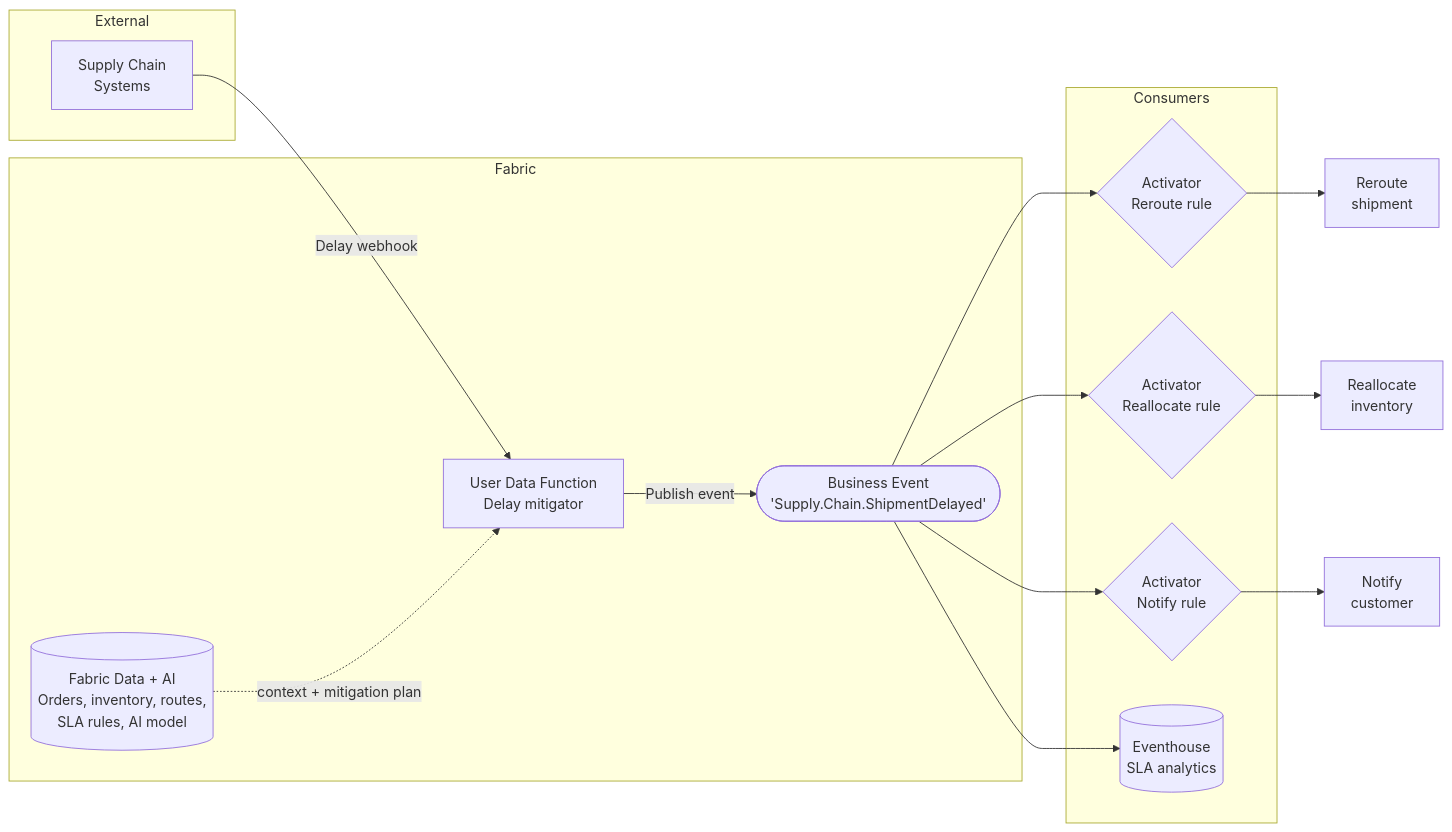
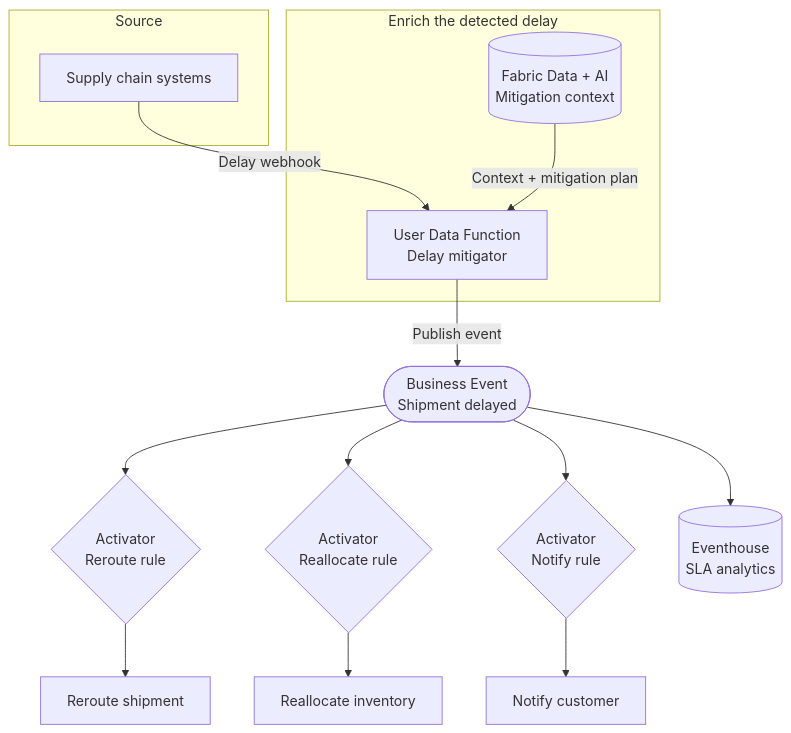
One commit to microsoft/fabric-events changed the first of 2 diagrams in docs/business-events/scenarios/shipment-delay-auto-mitigation.md. Above: the diagram before and after it, drawn with Mermaid. The commit also changed other lines of this file and 15 other files, not shown here.

````diff
--- a/docs/business-events/scenarios/shipment-delay-auto-mitigation.md
+++ b/docs/business-events/scenarios/shipment-delay-auto-mitigation.md
@@ -19,30 +19,33 @@
 ```mermaid
-flowchart LR
-    subgraph External
-        SC[Supply Chain\nSystems]
+flowchart TB
+    subgraph External["Source"]
+        SC["Supply chain systems"]
     end
 
-    subgraph Fabric
-        UDF[User Data Function\nDelay mitigator]
-        FA[(Fabric Data + AI\nOrders, inventory, routes,\nSLA rules, AI model)]
-        BE([Business Event\n'Supply.Chain.ShipmentDelayed'])
+    subgraph Detection["Enrich the detected delay"]
+        FA[("Fabric Data + AI<br/>Mitigation context")]
+        UDF["User Data Function<br/>Delay mitigator"]
     end
 
-    subgraph Consumers
-        ACT1{Activator\nReroute rule}
-        ACT2{Activator\nReallocate rule}
-        ACT3{Activator\nNotify rule}
-        EH[(Eventhouse\nSLA analytics)]
-    end
+    BE(["Business Event<br/>Shipment delayed"])
+
+    ACT1{"Activator<br/>Reroute rule"}
+    ACT2{"Activator<br/>Reallocate rule"}
+    ACT3{"Activator<br/>Notify rule"}
+    ROUTE["Reroute shipment"]
+    INV["Reallocate inventory"]
+    CUST["Notify customer"]
+
+    EH[("Eventhouse<br/>SLA analytics")]
 
     SC -->|Delay webhook| UDF
-    FA -.->|context + mitigation plan| UDF
+    FA -->|Context + mitigation plan| UDF
     UDF -->|Publish event| BE
     BE --> ACT1
     BE --> ACT2
     BE --> ACT3
     BE --> EH
-    ACT1 --> ROUTE[Reroute\nshipment]
-    ACT2 --> INV[Reallocate\ninventory]
-    ACT3 --> CUST[Notify\ncustomer]
+    ACT1 --> ROUTE
+    ACT2 --> INV
+    ACT3 --> CUST
 ```
````
